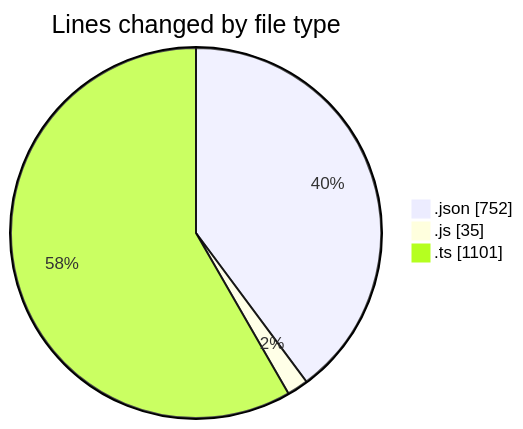
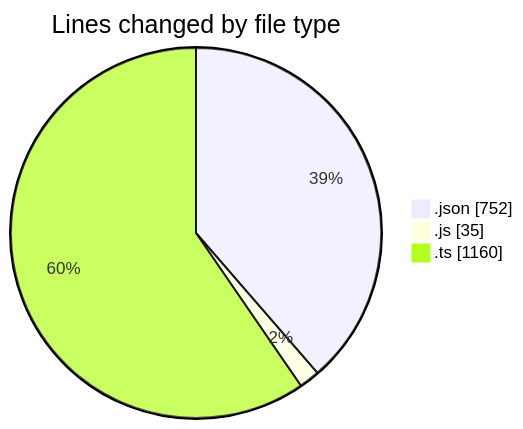
The first of 2 diagrams in 2026-05-21/cda/README.md (momahboobian/code-tracking), drawn with Mermaid before and after one commit. The commit also changed other lines of this file and 1 other file, not shown here.

````diff
--- a/2026-05-21/cda/README.md
+++ b/2026-05-21/cda/README.md
@@ -30,7 +31,7 @@
 ```mermaid
 pie showData
 title Lines changed by file type
 ".json" : 752
 ".js" : 35
-".ts" : 1101
+".ts" : 1160
 ```
````
